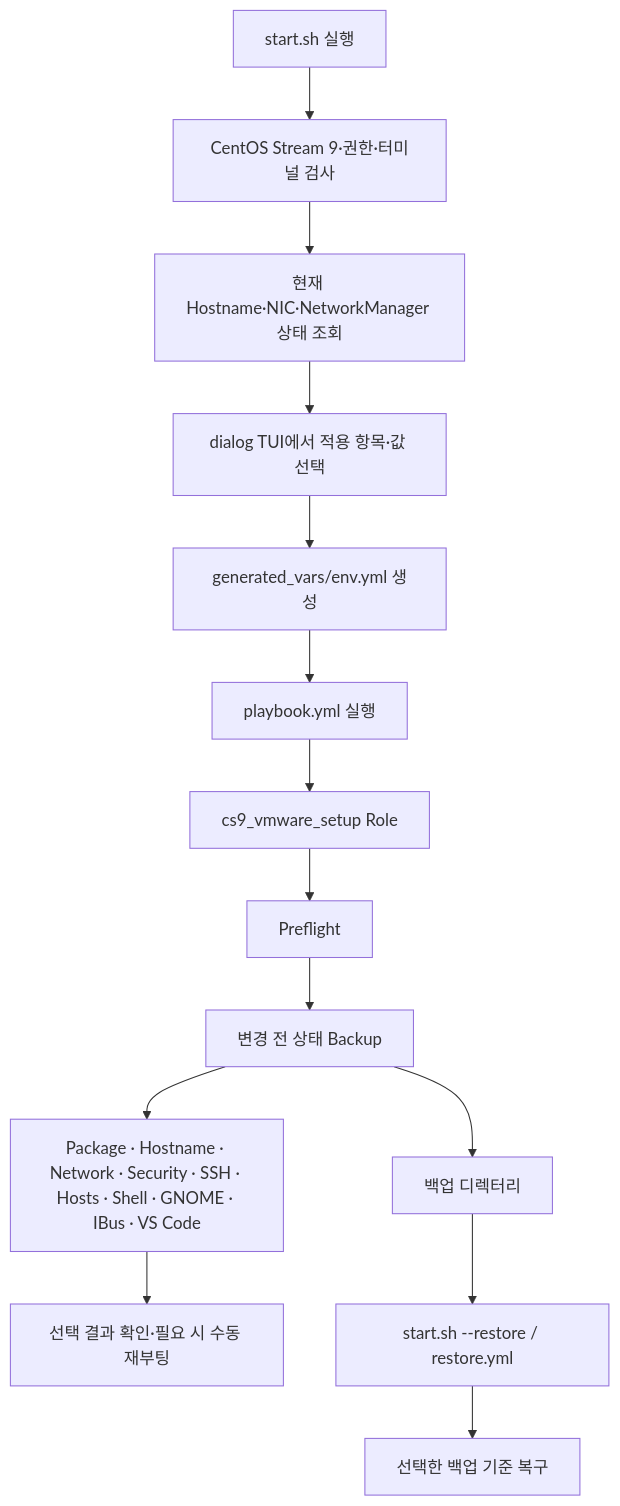
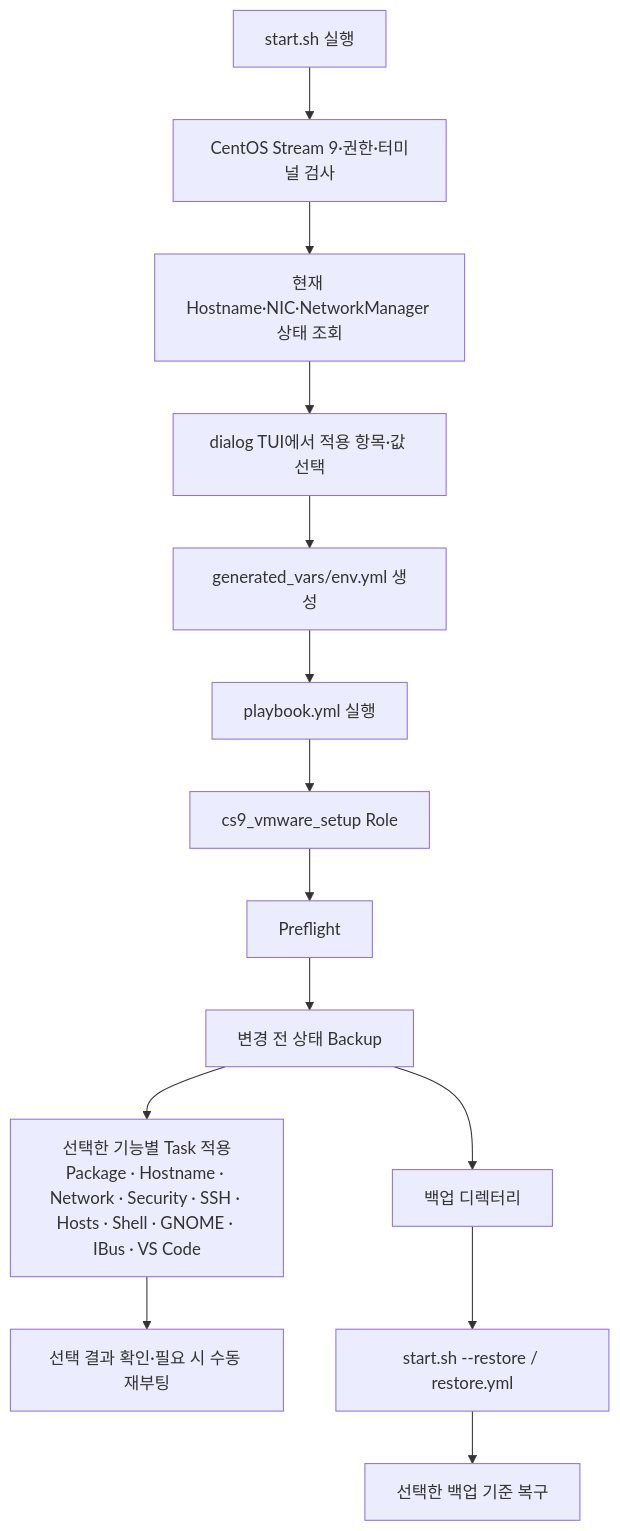
One commit to tjung03/centosstream9-vmware-setup changed the diagram in README.md. Above: the diagram before and after it, drawn with Mermaid.

Commit message:
docs: clarify conditional task scope in automation diagram

````diff
--- a/README.md
+++ b/README.md
@@ -10,17 +10,17 @@
 ```mermaid
 flowchart TD
     A["start.sh 실행"] --> B["CentOS Stream 9·권한·터미널 검사"]
     B --> C["현재 Hostname·NIC·NetworkManager 상태 조회"]
     C --> D["dialog TUI에서 적용 항목·값 선택"]
     D --> E["generated_vars/env.yml 생성"]
     E --> F["playbook.yml 실행"]
     F --> G["cs9_vmware_setup Role"]
     G --> H["Preflight"]
     H --> I["변경 전 상태 Backup"]
-    I --> J["Package · Hostname · Network · Security · SSH · Hosts · Shell · GNOME · IBus · VS Code"]
+    I --> J["선택한 기능별 Task 적용<br/>Package · Hostname · Network · Security · SSH · Hosts · Shell · GNOME · IBus · VS Code"]
     J --> K["선택 결과 확인·필요 시 수동 재부팅"]
 
     I --> R["백업 디렉터리"]
     R --> S["start.sh --restore / restore.yml"]
     S --> T["선택한 백업 기준 복구"]
 ```
````
